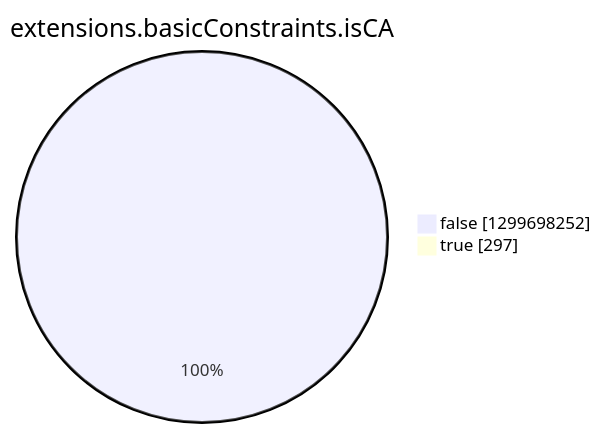
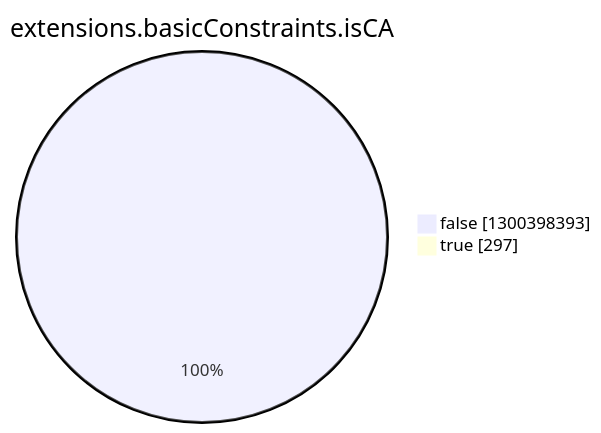
One commit to christiankrug/ctmonitor_visualization changed the eighth of 15 diagrams in argon2022/README.md. Above: the diagram before and after it, drawn with Mermaid. The commit also changed other lines of this file, not shown here.

````diff
--- a/argon2022/README.md
+++ b/argon2022/README.md
@@ -2757,6 +2757,6 @@
 ```mermaid
 pie showData
 title extensions.basicConstraints.isCA
-"false" :1299698252
+"false" :1300398393
 "true" :297
 ```
````
